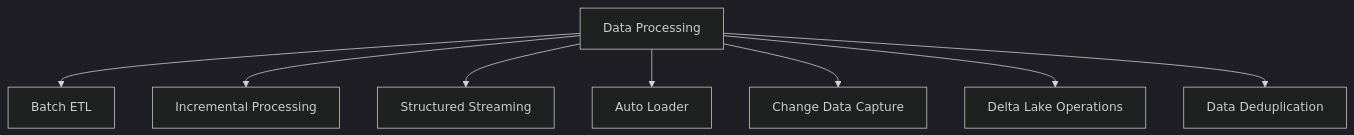
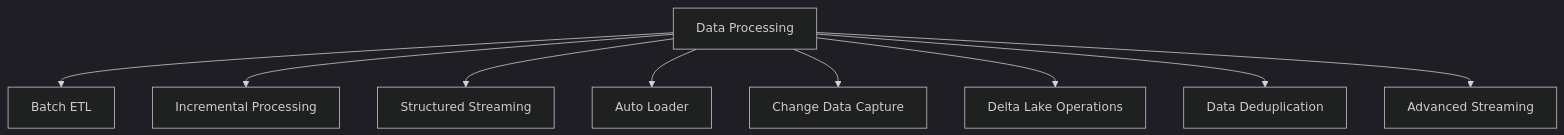
The diagram in certifications/data-engineer-professional/01-data-processing/README.md (kengio/databricks-certification-study-guide), drawn with Mermaid (dark theme) before and after one commit. The commit also changed other lines of this file and 29 other files, not shown here.

````diff
--- a/certifications/data-engineer-professional/01-data-processing/README.md
+++ b/certifications/data-engineer-professional/01-data-processing/README.md
@@ -17,10 +17,11 @@
 ```mermaid
 flowchart TD
     DP[Data Processing] --> Batch[Batch ETL]
     DP --> Inc[Incremental Processing]
     DP --> Stream[Structured Streaming]
     DP --> AL[Auto Loader]
     DP --> CDC[Change Data Capture]
     DP --> DL[Delta Lake Operations]
     DP --> Dedup[Data Deduplication]
+    DP --> Adv[Advanced Streaming]
 ```
````
